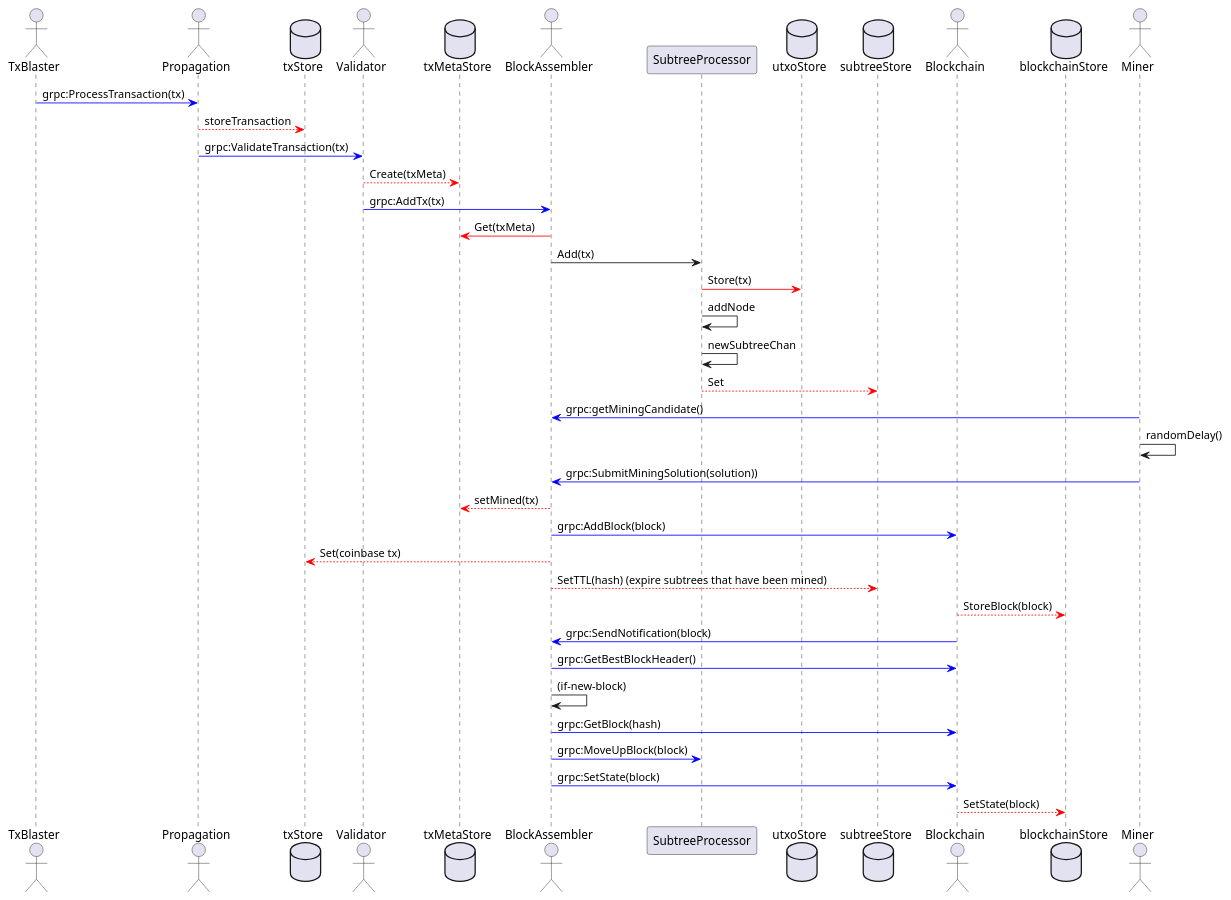
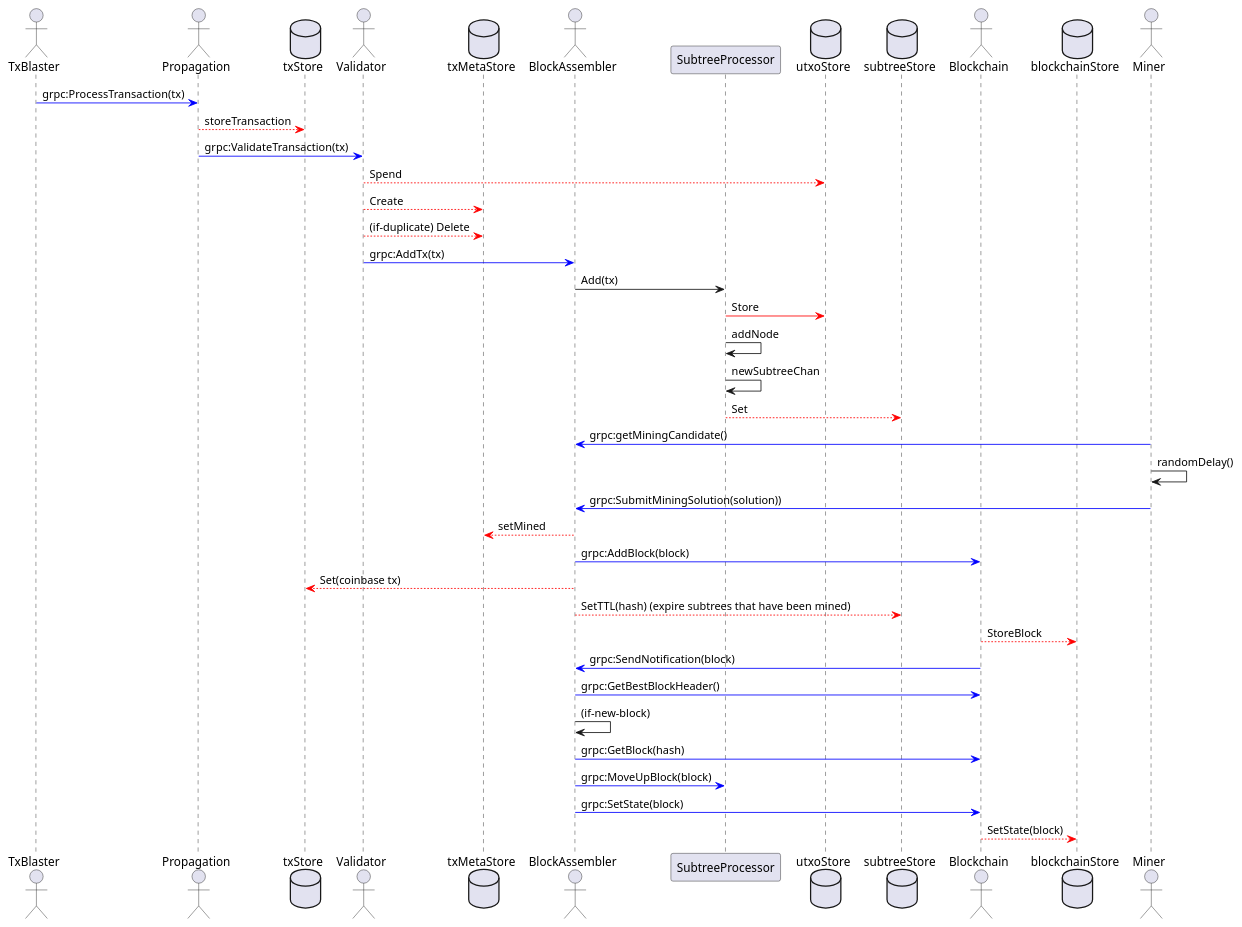
The diagram in docs/overview.puml (freemans13/teranode), drawn with PlantUML before and after one commit.

Commit message:
Tweaks based on better understanding of whats going on

```diff
--- a/docs/overview.puml
+++ b/docs/overview.puml
@@ -1,49 +1,50 @@
 @startuml overview
 actor TxBlaster
 actor Propagation
 database txStore
 actor Validator
 database txMetaStore
 actor BlockAssembler
 participant SubtreeProcessor
 database utxoStore
 database subtreeStore
 Actor Blockchain
 database blockchainStore
 actor Miner
 
 TxBlaster -[#blue]> Propagation : grpc:ProcessTransaction(tx)
 Propagation -[#red]-> txStore: storeTransaction
 Propagation -[#blue]> Validator: grpc:ValidateTransaction(tx)
 
-Validator -[#red]-> txMetaStore: Create(txMeta)
+Validator -[#red]-> utxoStore: Spend
+Validator -[#red]-> txMetaStore: Create
+Validator -[#red]-> txMetaStore: (if-duplicate) Delete
 Validator -[#blue]> BlockAssembler: grpc:AddTx(tx)
 
-BlockAssembler -[#red]> txMetaStore: Get(txMeta)
 BlockAssembler -> SubtreeProcessor: Add(tx)
-SubtreeProcessor -[#red]> utxoStore: Store(tx)
+SubtreeProcessor -[#red]> utxoStore: Store
 SubtreeProcessor -> SubtreeProcessor : addNode
 SubtreeProcessor -> SubtreeProcessor : newSubtreeChan
 SubtreeProcessor -[#red]-> subtreeStore : Set
 
 
 
 Miner -[#blue]> BlockAssembler : grpc:getMiningCandidate()
 Miner -> Miner : randomDelay()
 Miner -[#blue]> BlockAssembler : grpc:SubmitMiningSolution(solution))
 
-BlockAssembler -[#red]-> txMetaStore: setMined(tx)
+BlockAssembler -[#red]-> txMetaStore: setMined
 BlockAssembler -[#blue]> Blockchain : grpc:AddBlock(block)
 BlockAssembler -[#red]-> txStore : Set(coinbase tx)
 BlockAssembler -[#red]-> subtreeStore : SetTTL(hash) (expire subtrees that have been mined)
-Blockchain -[#red]-> blockchainStore : StoreBlock(block)
+Blockchain -[#red]-> blockchainStore : StoreBlock
 Blockchain -[#blue]> BlockAssembler : grpc:SendNotification(block)
 BlockAssembler -[#blue]> Blockchain : grpc:GetBestBlockHeader()
 BlockAssembler -> BlockAssembler : (if-new-block)
 BlockAssembler -[#blue]> Blockchain : grpc:GetBlock(hash)
 BlockAssembler -[#blue]> SubtreeProcessor : grpc:MoveUpBlock(block)
 BlockAssembler -[#blue]> Blockchain : grpc:SetState(block)
 Blockchain -[#red]-> blockchainStore : SetState(block)
 
 
 @enduml
```
